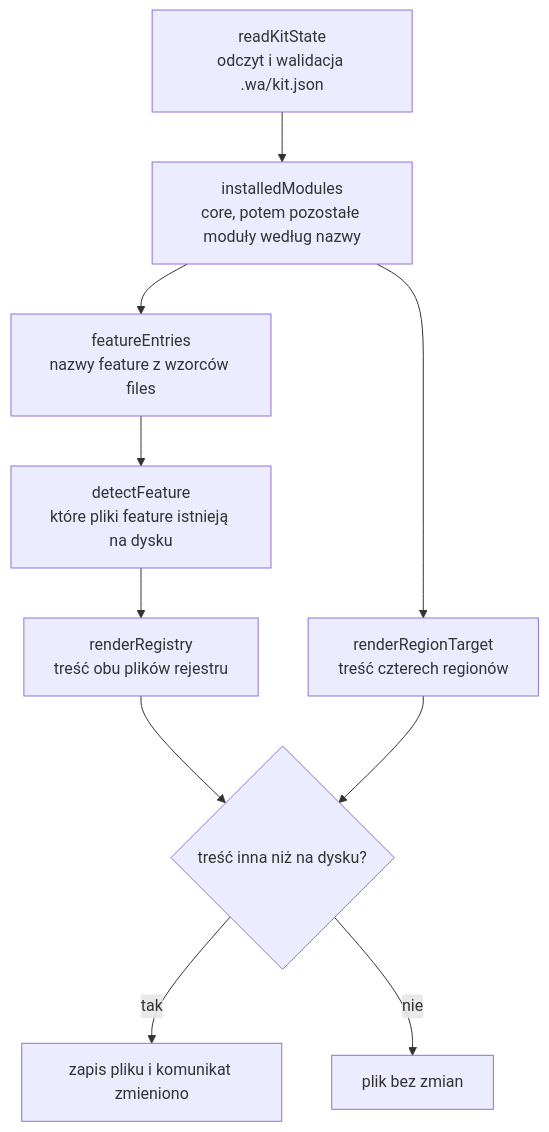
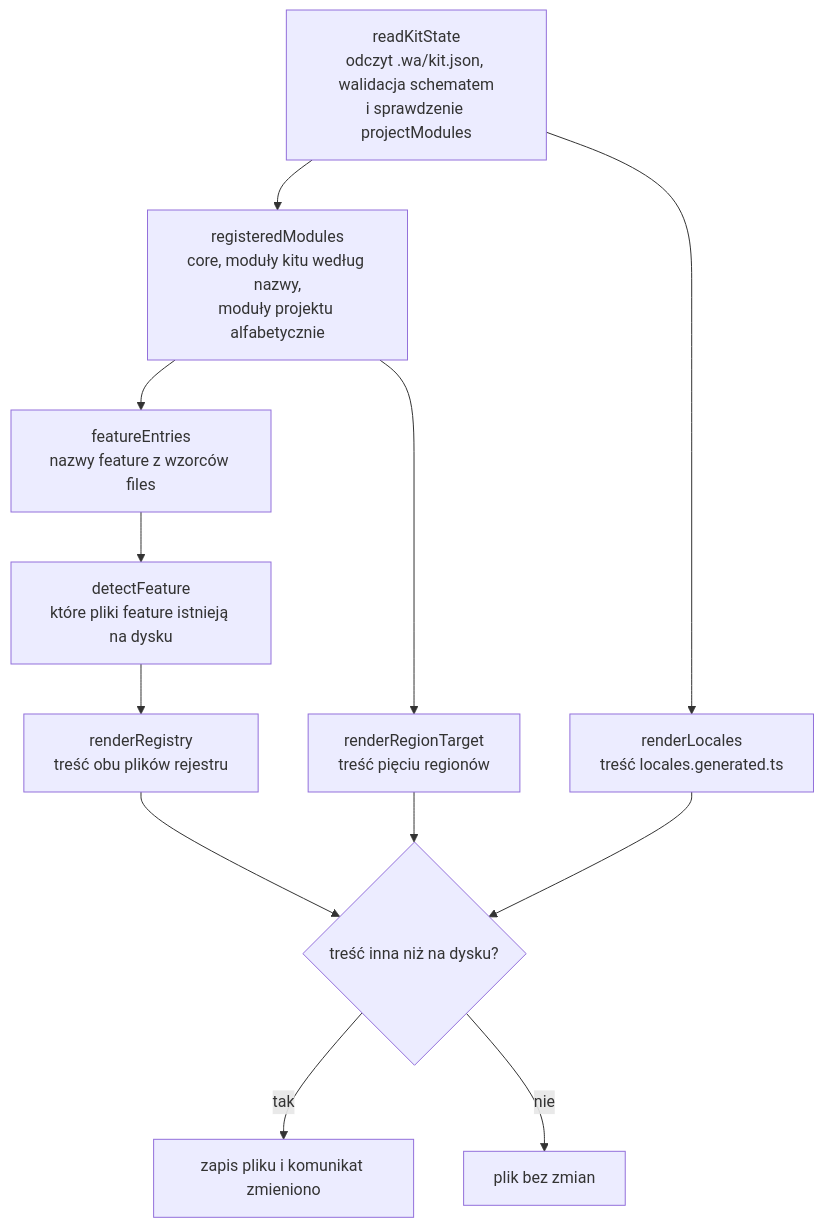
The diagram in docs/02b-rejestr-i-generator.md (webamigos/gatojs), drawn with Mermaid before and after one commit. The commit also changed other lines of this file and 2 other files, not shown here.

Commit message:
docs: update architecture and generator docs for cli and modules

````diff
--- a/docs/02b-rejestr-i-generator.md
+++ b/docs/02b-rejestr-i-generator.md
@@ -172,12 +244,14 @@
 ```mermaid
 flowchart TD
-    read["readKitState<br/>odczyt i walidacja .wa/kit.json"] --> order["installedModules<br/>core, potem pozostałe moduły według nazwy"]
+    read["readKitState<br/>odczyt .wa/kit.json, walidacja schematem<br/>i sprawdzenie projectModules"] --> order["registeredModules<br/>core, moduły kitu według nazwy,<br/>moduły projektu alfabetycznie"]
     order --> features["featureEntries<br/>nazwy feature z wzorców files"]
     features --> detect["detectFeature<br/>które pliki feature istnieją na dysku"]
     detect --> registry["renderRegistry<br/>treść obu plików rejestru"]
-    order --> regions["renderRegionTarget<br/>treść czterech regionów"]
+    read --> locales["renderLocales<br/>treść locales.generated.ts"]
+    order --> regions["renderRegionTarget<br/>treść pięciu regionów"]
     registry --> compare{"treść inna niż na dysku?"}
+    locales --> compare
     regions --> compare
     compare -->|"tak"| write["zapis pliku i komunikat zmieniono"]
     compare -->|"nie"| skip["plik bez zmian"]
 ```
````
